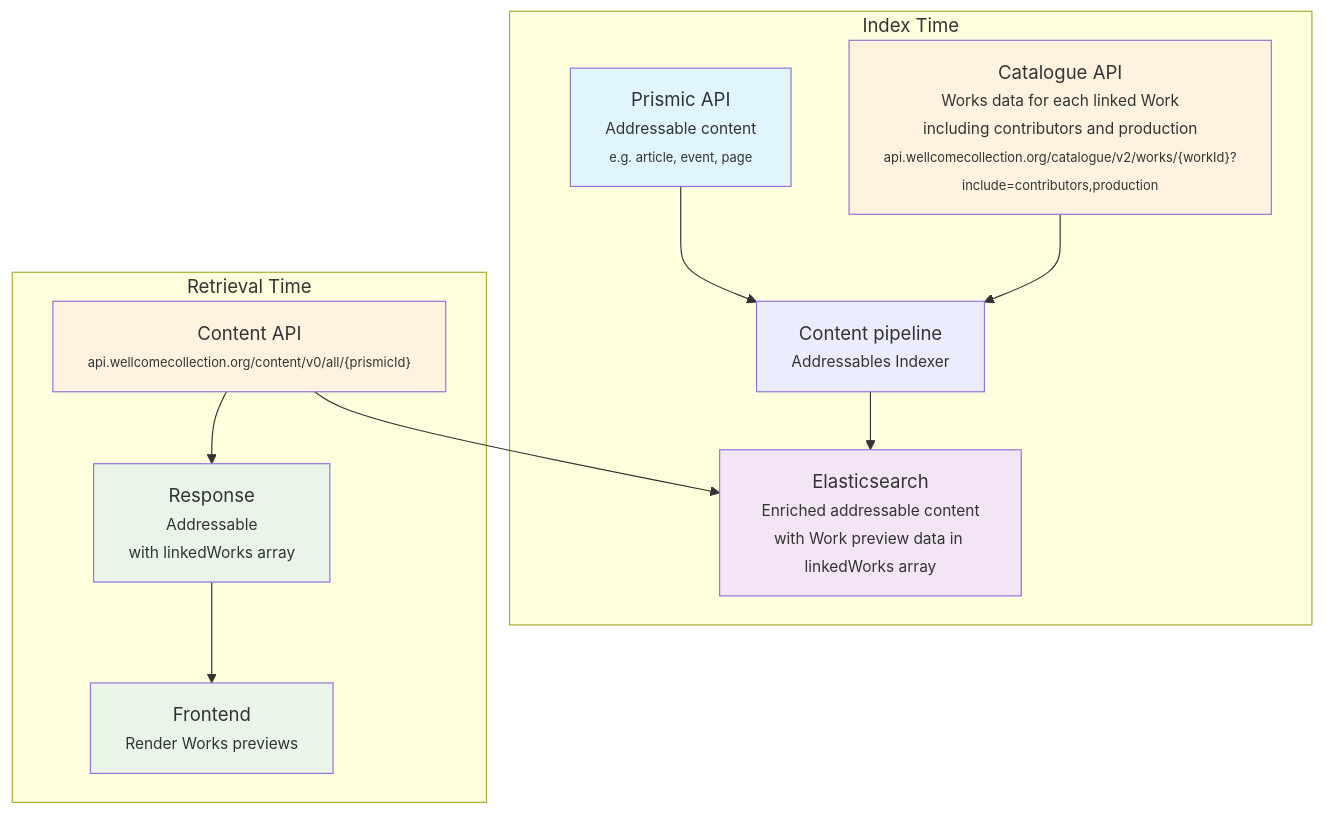
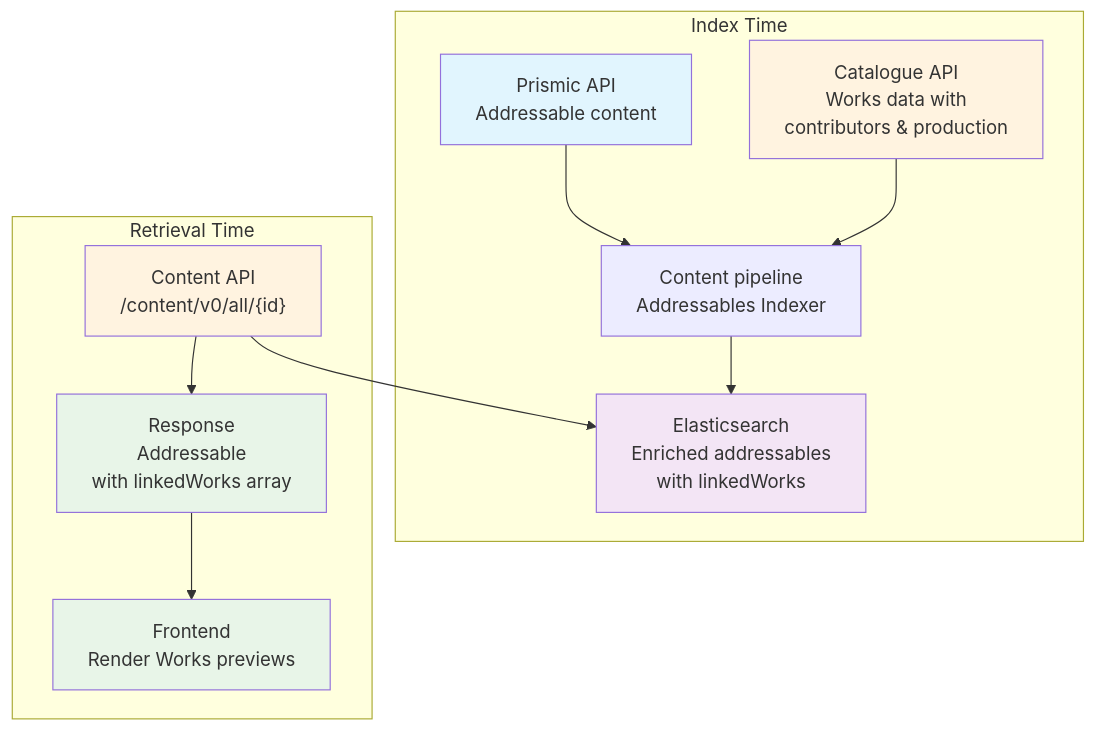
One commit to wellcomecollection/docs changed the diagram in rfcs/077-enriching-addressables-with-works/README.md. Above: the diagram before and after it, drawn with Mermaid. The commit also changed other lines of this file, not shown here.

Commit message:
attempt to fix text clipping in diagram

````diff
--- a/rfcs/077-enriching-addressables-with-works/README.md
+++ b/rfcs/077-enriching-addressables-with-works/README.md
@@ -36,21 +36,21 @@
 ```mermaid
 graph TD
     subgraph "Index Time"
-        A["Prismic API<br/><small>Addressable content<br/><small>e.g. article, event, page</small></small>"] --> B[Content pipeline<br /><small>Addressables Indexer</small>]
-        C["Catalogue API<br/><small>Works data for each linked Work<br />including contributors and production<br/><small>api.wellcomecollection.org/catalogue/v2/works/{workId}?include=contributors,production</small></small>"] --> B
-        B --> D["Elasticsearch<br/><small>Enriched addressable content<br/>with Work preview data in linkedWorks array</small>"]
+        A["Prismic API<br/>Addressable content"] --> B["Content pipeline<br/>Addressables Indexer"]
+        C["Catalogue API<br/>Works data with<br/>contributors & production"] --> B
+        B --> D["Elasticsearch<br/>Enriched addressables<br/>with linkedWorks"]
     end
 
     subgraph "Retrieval Time"
-        E["Content API<br/><small><small>api.wellcomecollection.org/content/v0/all/{prismicId}</small></small>"] --> D
-        E --> F["Response<br/><small>Addressable<br/>with linkedWorks array</small>"]
-        F --> G["Frontend<br/><small>Render Works previews</small>"]
+        E["Content API<br/>/content/v0/all/{id}"] --> D
+        E --> F["Response<br/>Addressable<br/>with linkedWorks array"]
+        F --> G["Frontend<br/>Render Works previews"]
     end
 
     style A fill:#e1f5fe
     style C fill:#fff3e0
     style D fill:#f3e5f5
     style E fill:#fff3e0
     style F fill:#e8f5e8
     style G fill:#e8f5e8
 ```
````
